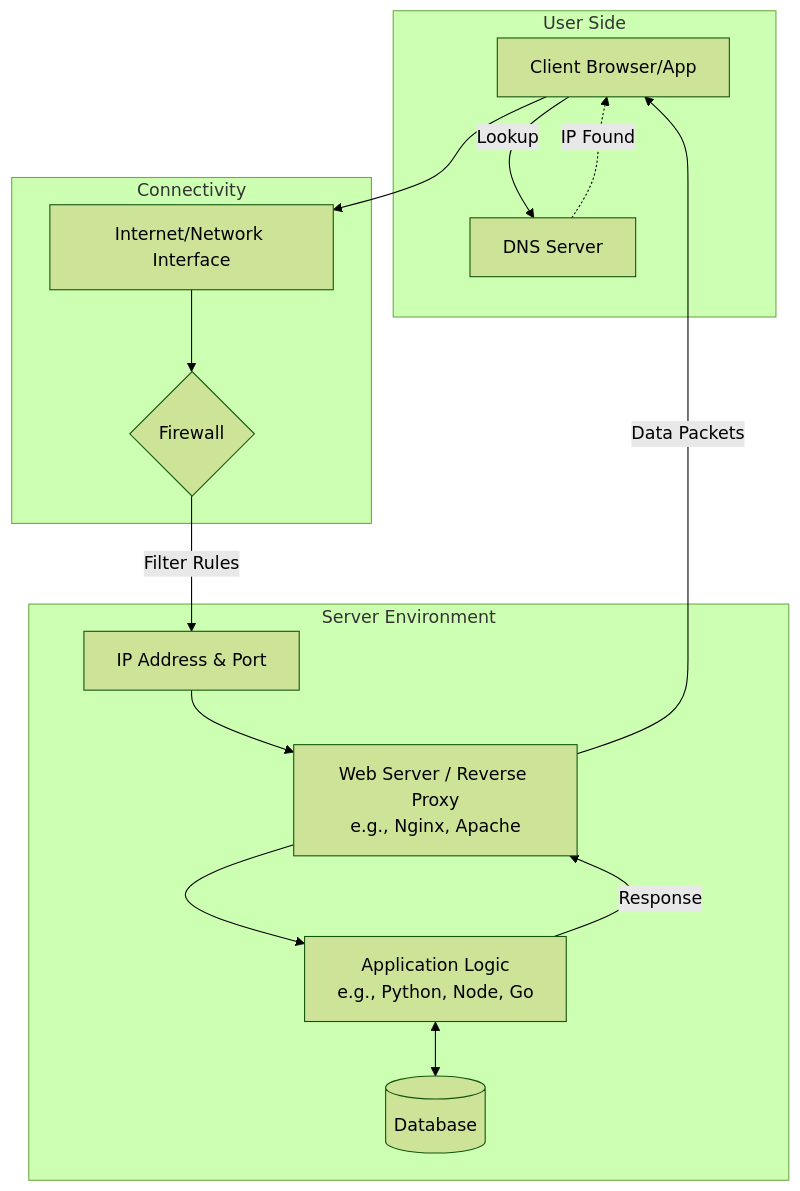
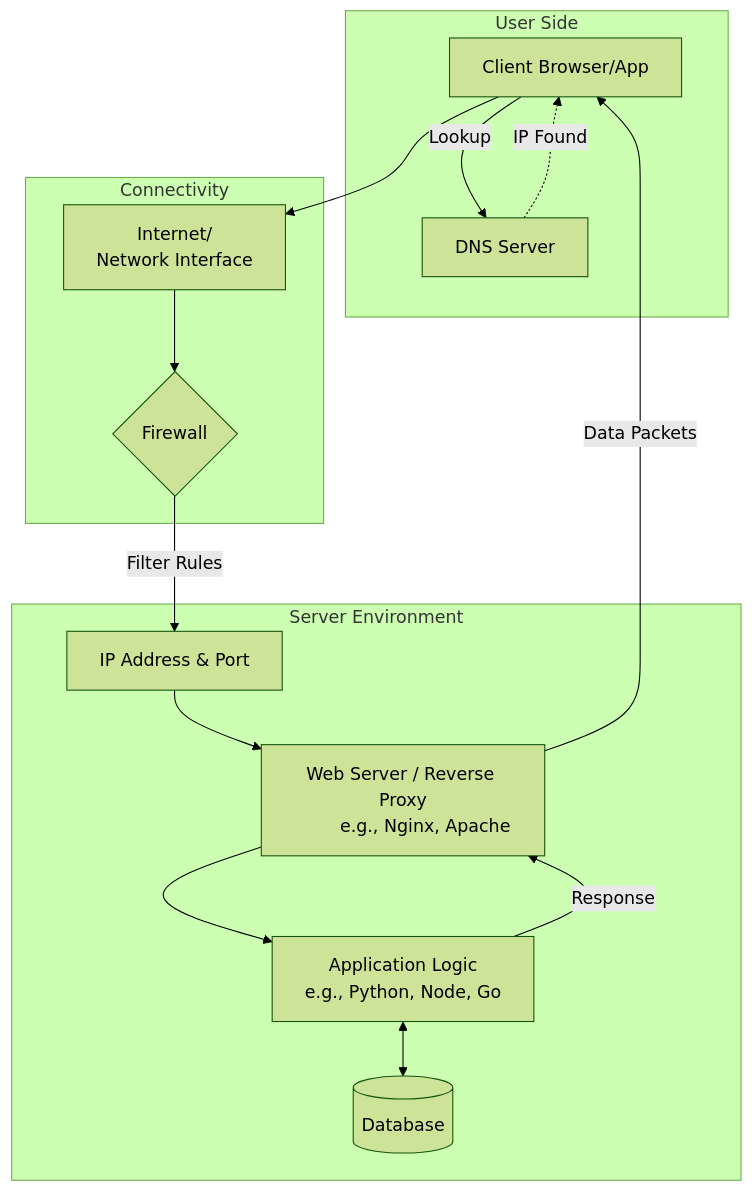
One commit to arira-ai/ar_linux changed the diagram in 05-networking-basics/05-networking-basics.md. Above: the diagram before and after it, drawn with Mermaid (forest theme).

````diff
--- a/05-networking-basics/05-networking-basics.md
+++ b/05-networking-basics/05-networking-basics.md
@@ -35,31 +35,34 @@
 ```mermaid
 flowchart TD
     subgraph External_World [User Side]
         A[Client Browser/App]
         DNS[DNS Server]
     end
 
     subgraph Network_Layer [Connectivity]
-        B[Internet/Network Interface]
+        B[Internet/
+        Network Interface]
         FW{Firewall}
     end
 
     subgraph Server_Internals [Server Environment]
         C[IP Address & Port]
-        E[Web Server / Reverse Proxy\ne.g., Nginx, Apache]
-        F[Application Logic\ne.g., Python, Node, Go]
+        E[Web Server / Reverse Proxy
+        e.g., Nginx, Apache]
+        F[Application Logic
+        e.g., Python, Node, Go]
         DB[(Database)]
     end
 
     %% Flow logic
     A -->|Lookup| DNS
     DNS -.->|IP Found| A
     A --> B
     B --> FW
     FW -->|Filter Rules| C
     C --> E
     E --> F
     F <--> DB
     F -->|Response| E
     E -->|Data Packets| A
 ```
````
